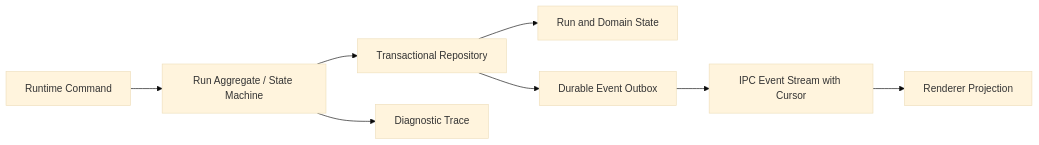
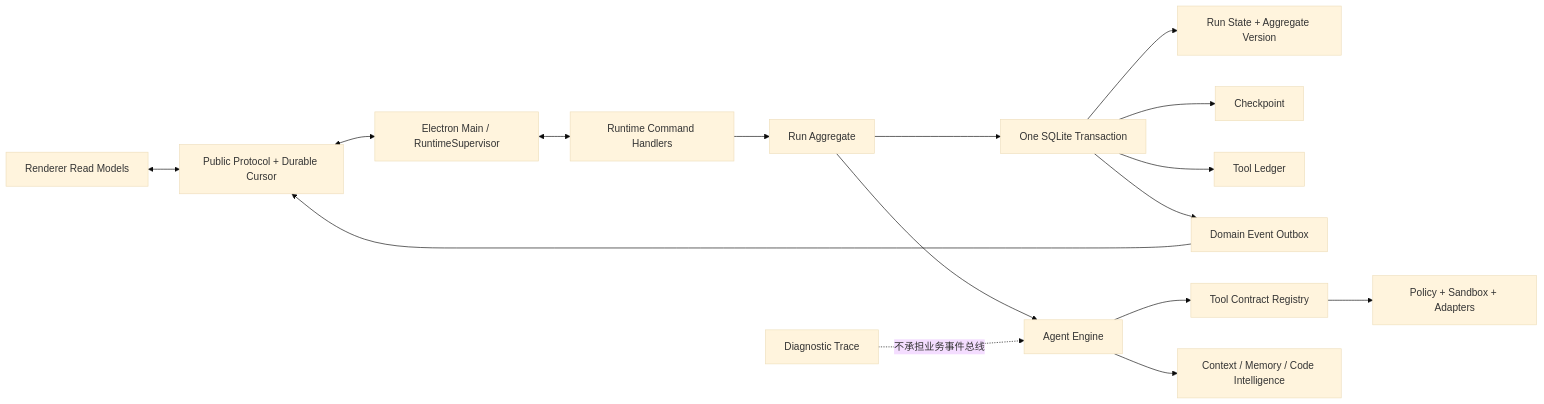
Before and after one commit to Atikou/Ariadne: the diagram in docs/Agent成熟度差距与改进路线.md, drawn with Mermaid (base theme). The commit also changed other lines of this file and 13 other files, not shown here.

````diff
--- a/docs/Agent成熟度差距与改进路线.md
+++ b/docs/Agent成熟度差距与改进路线.md
@@ -188,10 +571,21 @@
 ```mermaid
 flowchart LR
-    C["Runtime Command"] --> A["Run Aggregate / State Machine"]
-    A --> T["Transactional Repository"]
-    T --> S["Run and Domain State"]
-    T --> O["Durable Event Outbox"]
-    O --> B["IPC Event Stream with Cursor"]
-    B --> R["Renderer Projection"]
-    A --> D["Diagnostic Trace"]
+    UI["Renderer Read Models"] <--> PUB["Public Protocol + Durable Cursor"]
+    PUB <--> MAIN["Electron Main / RuntimeSupervisor"]
+    MAIN <--> CMD["Runtime Command Handlers"]
+
+    CMD --> RUN["Run Aggregate"]
+    RUN --> TX["One SQLite Transaction"]
+    TX --> STATE["Run State + Aggregate Version"]
+    TX --> CHECK["Checkpoint"]
+    TX --> LEDGER["Tool Ledger"]
+    TX --> OUTBOX["Domain Event Outbox"]
+
+    OUTBOX --> PUB
+    RUN --> ENGINE["Agent Engine"]
+    ENGINE --> CONTRACT["Tool Contract Registry"]
+    CONTRACT --> GUARD["Policy + Sandbox + Adapters"]
+    ENGINE --> CONTEXT["Context / Memory / Code Intelligence"]
+
+    TRACE["Diagnostic Trace"] -. "不承担业务事件总线" .-> ENGINE
 ```
````
